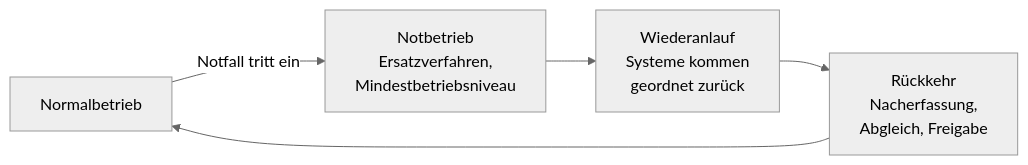
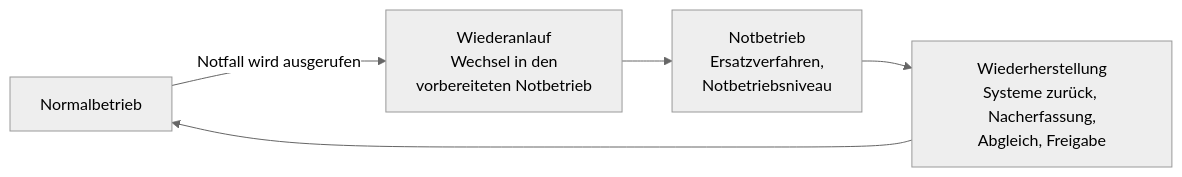
The third of 3 diagrams in docs/betrieb/incident-und-bcm.md (JacobMenge/kurs-unterlagen), drawn with Mermaid (neutral theme) before and after one commit. The commit also changed other lines of this file and 48 other files, not shown here.

````diff
--- a/docs/betrieb/incident-und-bcm.md
+++ b/docs/betrieb/incident-und-bcm.md
@@ -195,7 +224,7 @@
 ```mermaid
 flowchart LR
-  N["Normalbetrieb"] -->|Notfall tritt ein| NB["Notbetrieb<br/>Ersatzverfahren,<br/>Mindestbetriebsniveau"]
-  NB --> WA["Wiederanlauf<br/>Systeme kommen<br/>geordnet zurück"]
-  WA --> RK["Rückkehr<br/>Nacherfassung,<br/>Abgleich, Freigabe"]
-  RK --> N
+  N["Normalbetrieb"] -->|Notfall wird ausgerufen| WA["Wiederanlauf<br/>Wechsel in den<br/>vorbereiteten Notbetrieb"]
+  WA --> NB["Notbetrieb<br/>Ersatzverfahren,<br/>Notbetriebsniveau"]
+  NB --> WH["Wiederherstellung<br/>Systeme zurück, Nacherfassung,<br/>Abgleich, Freigabe"]
+  WH --> N
 ```
````
